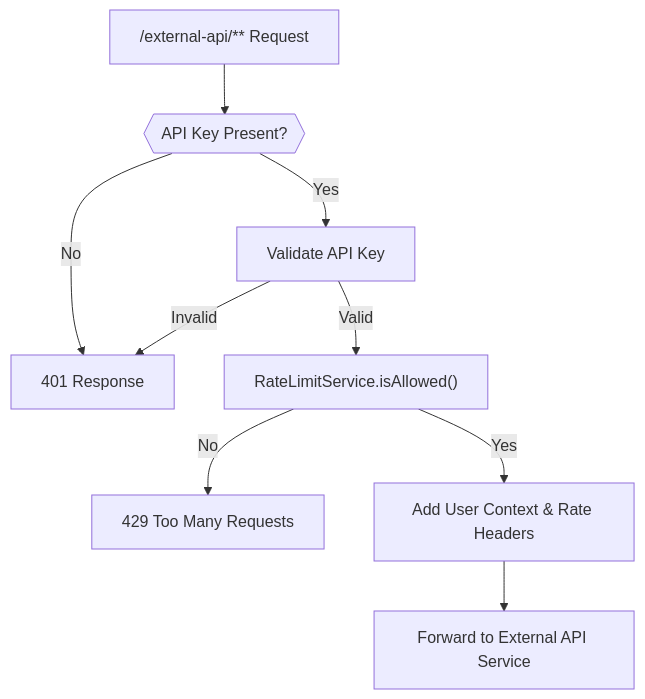
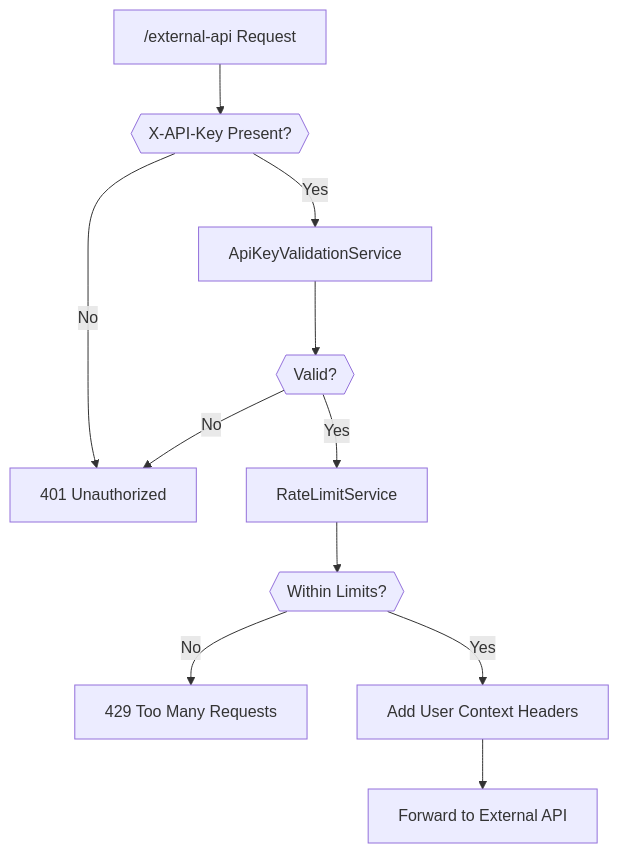
One commit to flamingo-stack/openframe-oss-lib changed the diagram in docs/diagrams/architecture/gateway-service-core-4.mmd. Above: the diagram before and after it, drawn with Mermaid. The commit also changed 212 other files, not shown here.

```diff
--- a/docs/diagrams/architecture/gateway-service-core-4.mmd
+++ b/docs/diagrams/architecture/gateway-service-core-4.mmd
@@ -1,9 +1,11 @@
 flowchart TD
-    ExtReq["/external-api/** Request"] --> CheckKey{{"API Key Present?"}}
-    CheckKey -->|No| Unauthorized["401 Response"]
-    CheckKey -->|Yes| Validate["Validate API Key"]
-    Validate -->|Invalid| Unauthorized
-    Validate -->|Valid| RateCheck["RateLimitService.isAllowed()"]
-    RateCheck -->|No| TooMany["429 Too Many Requests"]
-    RateCheck -->|Yes| AddHeaders["Add User Context & Rate Headers"]
-    AddHeaders --> Forward["Forward to External API Service"]
+    Req["/external-api Request"] --> HasKey{{"X-API-Key Present?"}}
+    HasKey -->|No| Unauthorized["401 Unauthorized"]
+    HasKey -->|Yes| Validate["ApiKeyValidationService"]
+    Validate --> Valid{{"Valid?"}}
+    Valid -->|No| Unauthorized
+    Valid -->|Yes| RateCheck["RateLimitService"]
+    RateCheck --> Allowed{{"Within Limits?"}}
+    Allowed -->|No| TooMany["429 Too Many Requests"]
+    Allowed -->|Yes| Enrich["Add User Context Headers"]
+    Enrich --> Forward["Forward to External API"]
```
